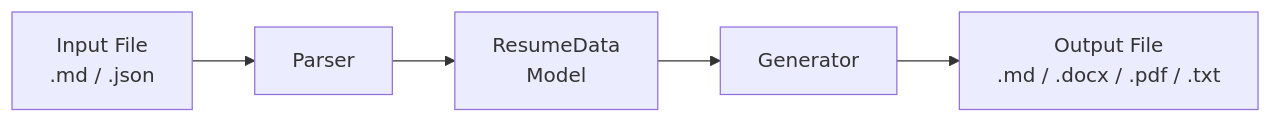
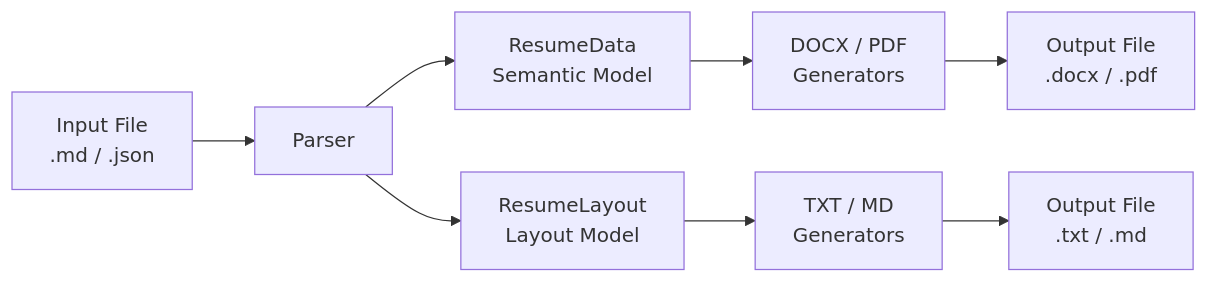
The first of 4 diagrams in README.md (ahmadmdabit/ats-resume-generator), drawn with Mermaid before and after one commit. The commit also changed other lines of this file and 12 other files, not shown here.

````diff
--- a/README.md
+++ b/README.md
@@ -64,7 +66,10 @@
 ```mermaid
 flowchart LR
     A[Input File<br>.md / .json] --> B[Parser]
-    B --> C[ResumeData<br>Model]
-    C --> D[Generator]
-    D --> E[Output File<br>.md / .docx / .pdf / .txt]
+    B --> C1[ResumeData<br>Semantic Model]
+    B --> C2[ResumeLayout<br>Layout Model]
+    C1 --> D1[DOCX / PDF<br>Generators]
+    C2 --> D2[TXT / MD<br>Generators]
+    D1 --> E[Output File<br>.docx / .pdf]
+    D2 --> E2[Output File<br>.txt / .md]
 ```
````
